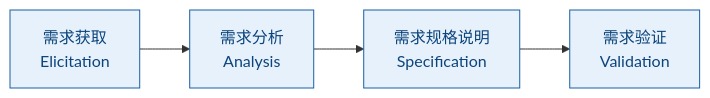
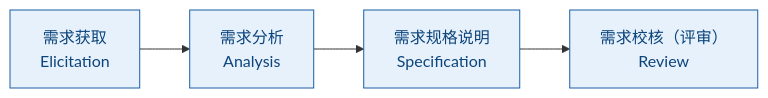
Before and after one commit to Yongjunzhou/AOS-system-design: the second of 9 diagrams in 100-subprojects/01-系统工程研究/00-系统工程相关研究报告/02-需求工程概念研究报告-从需求开发到需求管理.md, drawn with Mermaid. The commit also changed other lines of this file and 21 other files, not shown here.

````diff
--- a/100-subprojects/01-系统工程研究/00-系统工程相关研究报告/02-需求工程概念研究报告-从需求开发到需求管理.md
+++ b/100-subprojects/01-系统工程研究/00-系统工程相关研究报告/02-需求工程概念研究报告-从需求开发到需求管理.md
@@ -58,10 +60,10 @@
 ```mermaid
 flowchart LR
     A["需求获取<br/>Elicitation"] --> B["需求分析<br/>Analysis"]
     B --> C["需求规格说明<br/>Specification"]
-    C --> D["需求验证<br/>Validation"]
+    C --> D["需求校核（评审）<br/>Review"]
     style A fill:#E6F1FB,stroke:#185FA5,color:#0C447C
     style B fill:#E6F1FB,stroke:#185FA5,color:#0C447C
     style C fill:#E6F1FB,stroke:#185FA5,color:#0C447C
     style D fill:#E6F1FB,stroke:#185FA5,color:#0C447C
 ```
````
